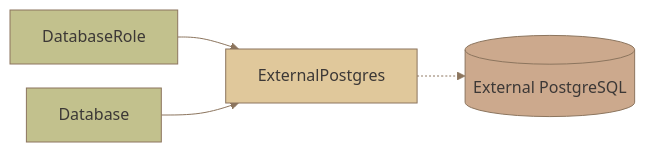
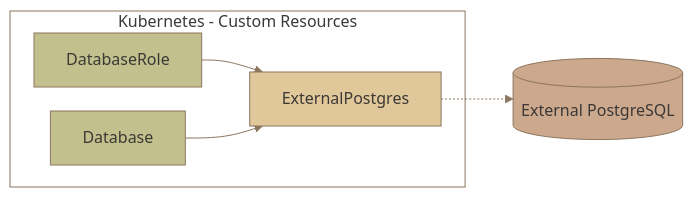
One commit to vterdunov/external-postgres-control-operator changed the diagram in README.md. Above: the diagram before and after it, drawn with Mermaid.

Commit message:
Show Kubernetes custom resource boundary in README diagram (#39)

````diff
--- a/README.md
+++ b/README.md
@@ -21,38 +21,41 @@
 ```mermaid
 ---
 config:
   theme: base
   fontFamily: "system-ui, sans-serif"
   htmlLabels: false
   themeCSS: |
     .node rect { rx: 8px; ry: 8px; stroke-width: 1px; filter: drop-shadow(0px 3px 1px #3c383680) drop-shadow(0px 9px 7px #3c383659); }
   themeVariables:
     fontFamily: "system-ui, sans-serif"
     fontSize: "16px"
     primaryColor: "#d2b98b"
     primaryTextColor: "#3c3836"
     primaryBorderColor: "#8c755e"
     lineColor: "#8c755e"
     textColor: "#3c3836"
     clusterBkg: "#ddc9a4"
     clusterBorder: "#8c755e"
     titleColor: "#3c3836"
     edgeLabelBackground: "#ddc9a4"
   flowchart:
     nodeSpacing: 24
     rankSpacing: 48
     padding: 16
     diagramPadding: 20
 ---
 flowchart LR
-    role["DatabaseRole"] --> cluster["ExternalPostgres"]
-    database["Database"] --> cluster
+    subgraph k8s["Kubernetes - Custom Resources"]
+        role["DatabaseRole"] --> cluster["ExternalPostgres"]
+        database["Database"] --> cluster
+    end
     cluster -.-> postgres[("External PostgreSQL")]
 
+    style k8s fill:transparent,stroke:#8c755e,stroke-width:1px
     classDef source fill:#e0c89b,stroke:#8c755e,color:#3c3836
     classDef output fill:#c2c18d,stroke:#8c755e,color:#3c3836
     classDef consumer fill:#cca98d,stroke:#8c755e,color:#3c3836
     class cluster source
     class database,role output
     class postgres consumer
 ```
````
